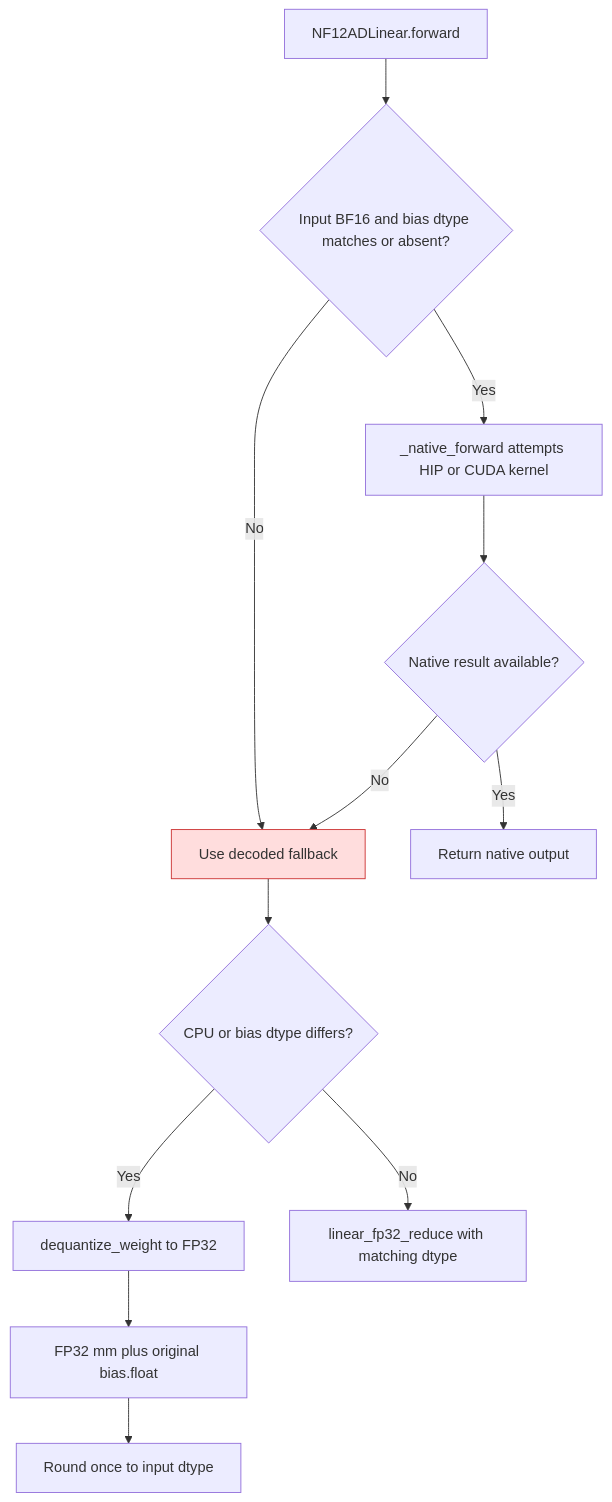
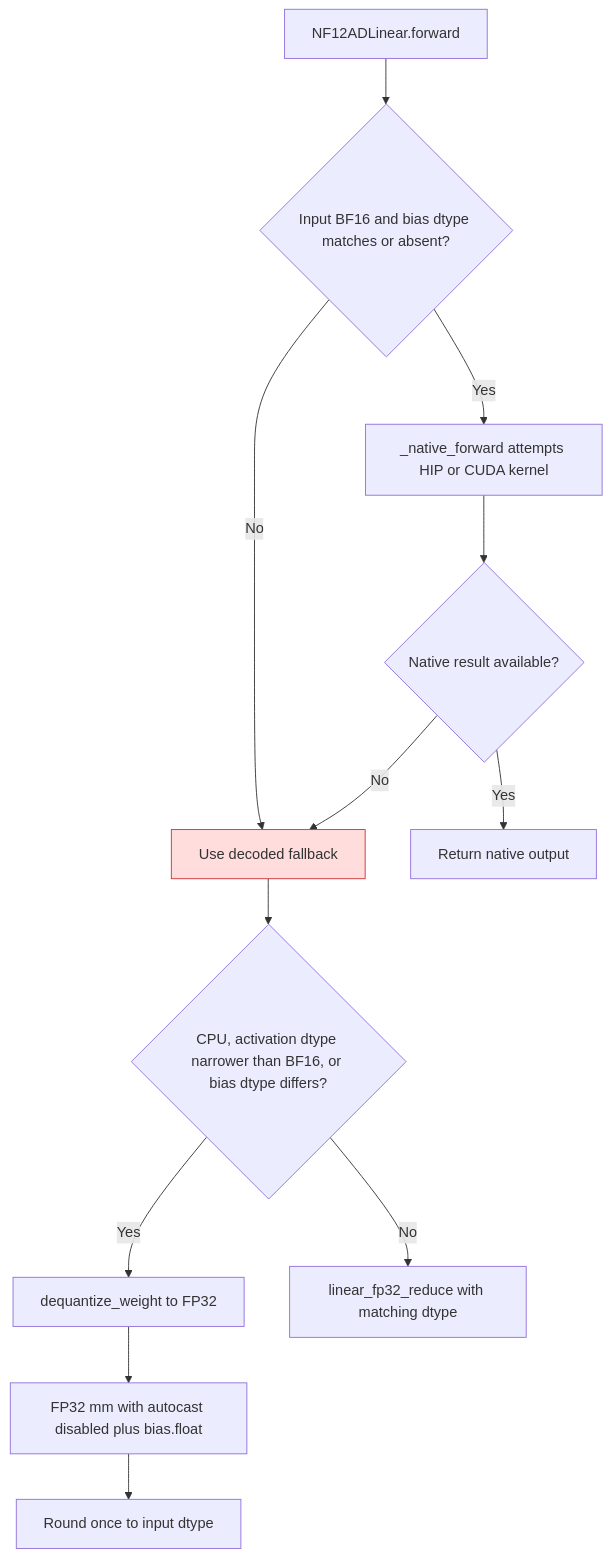
The diagram in docs/nf12-bias-epilogue.md (ModelCloud/GPTQModel), drawn with Mermaid before and after one commit. The commit also changed other lines of this file and 4 other files, not shown here.

````diff
--- a/docs/nf12-bias-epilogue.md
+++ b/docs/nf12-bias-epilogue.md
@@ -12,16 +19,16 @@
 ```mermaid
 flowchart TD
     A["NF12ADLinear.forward"] --> B{"Input BF16 and bias dtype matches or absent?"}
     B -- Yes --> C["_native_forward attempts HIP or CUDA kernel"]
     B -- No --> D["Use decoded fallback"]
     C --> E{"Native result available?"}
     E -- Yes --> F["Return native output"]
     E -- No --> D
-    D --> G{"CPU or bias dtype differs?"}
+    D --> G{"CPU, activation dtype narrower than BF16, or bias dtype differs?"}
     G -- Yes --> H["dequantize_weight to FP32"]
-    H --> I["FP32 mm plus original bias.float"]
+    H --> I["FP32 mm with autocast disabled plus bias.float"]
     I --> J["Round once to input dtype"]
     G -- No --> K["linear_fp32_reduce with matching dtype"]
     classDef fallback fill:#fdd,stroke:#c33
     class D fallback
 ```
````
